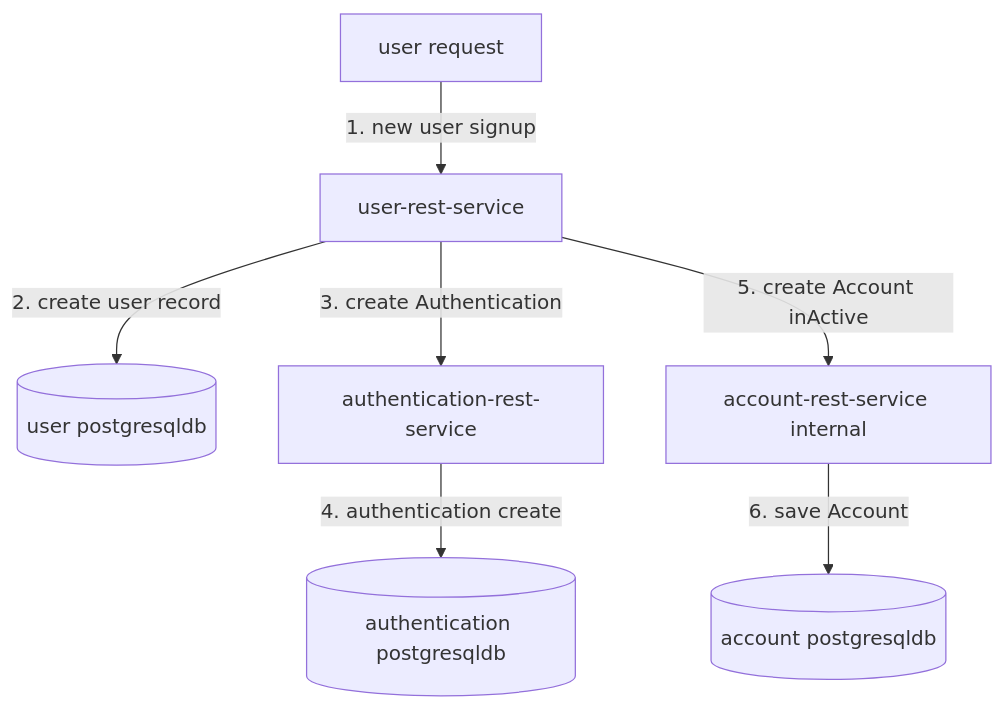
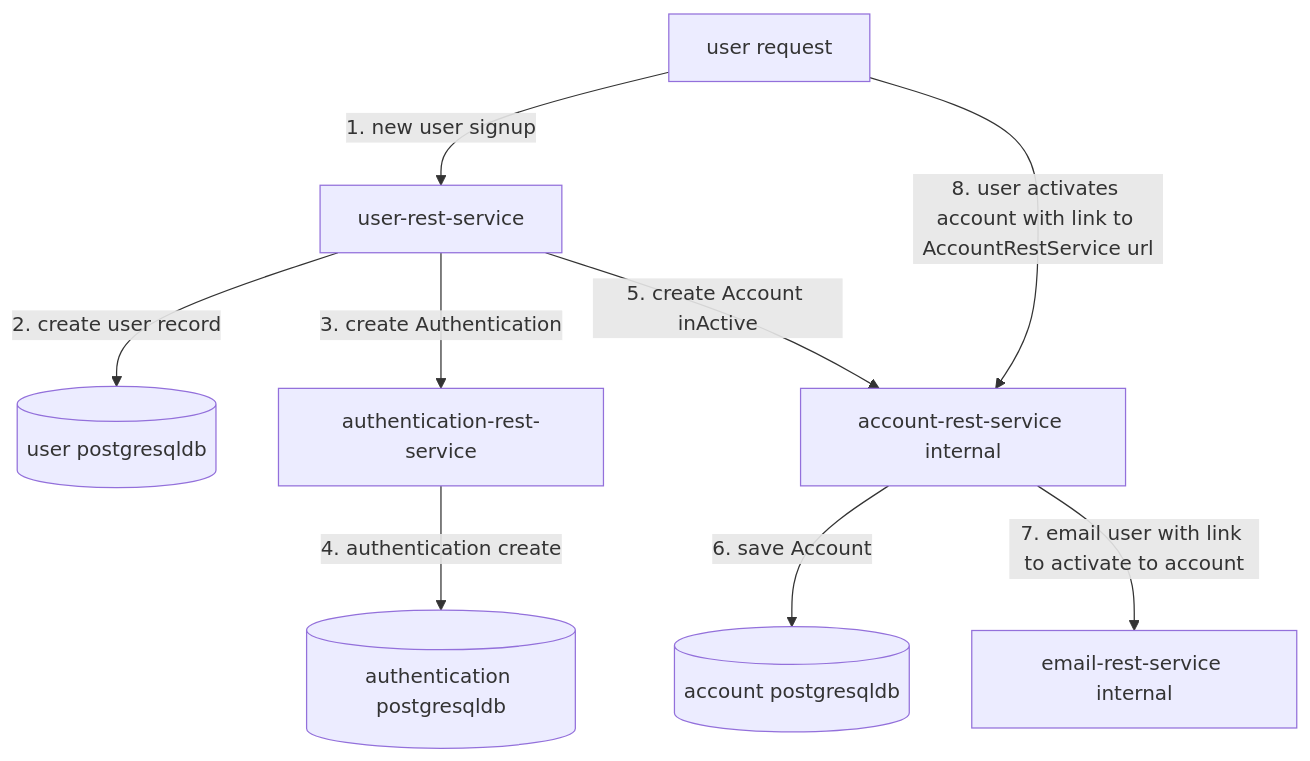
Before and after one commit to sonamsamdupkhangsar/sonamsamdupkhangsar.github.io: the second of 4 diagrams in README.md, drawn with Mermaid.

Commit message:
email activation link

````diff
--- a/README.md
+++ b/README.md
@@ -38,9 +38,11 @@
 ```mermaid
 flowchart TD
     UserRequest[user request] --> |1. new user signup| UserRestService[user-rest-service]
     UserRestService -->|2. create user record| UserPgsqlDb[(user postgresqldb)]
     UserRestService -->|3. create Authentication | AuthenticationRestService[authentication-rest-service]
     AuthenticationRestService -->|4. authentication create| AuthenticationPgsqlDb[(authentication postgresqldb)]
     UserRestService -->|5. create Account inActive| AccountRestService[account-rest-service internal]
     AccountRestService -->|6. save Account| AccountPgsqlDb[(account postgresqldb)]
+    AccountRestService --> |7. email user with link to activate to account| EmailRestService[email-rest-service internal]
+    UserRequest -->|8. user activates account with link to AccountRestService url| AccountRestService
 ```
````
